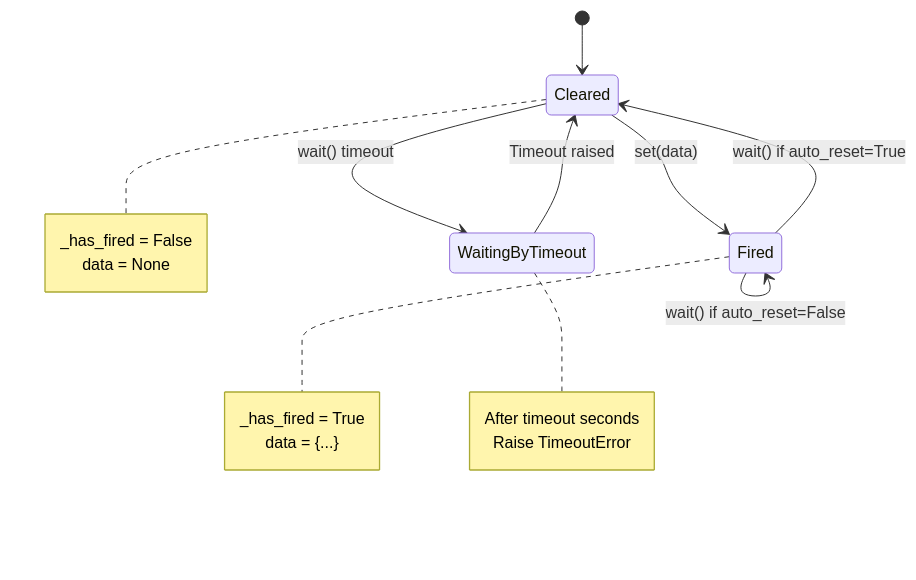
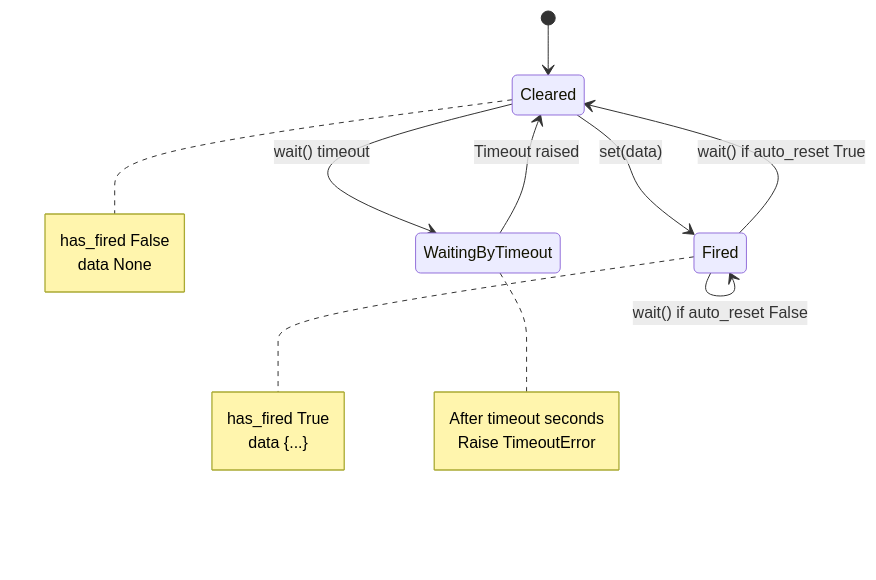
The sixth of 15 diagrams in docs/en/Architecture.md (cleitonleonel/pyquotex), drawn with Mermaid before and after one commit. The commit also changed other lines of this file, not shown here.

````diff
--- a/docs/en/Architecture.md
+++ b/docs/en/Architecture.md
@@ -137,26 +133,26 @@
 ```mermaid
 stateDiagram-v2
     [*] --> Cleared
 
     Cleared --> Fired: set(data)
-    Fired --> Cleared: wait() if auto_reset=True
-    Fired --> Fired: wait() if auto_reset=False
+    Fired --> Cleared: wait() if auto_reset True
+    Fired --> Fired: wait() if auto_reset False
 
     Cleared --> WaitingByTimeout: wait() timeout
     WaitingByTimeout --> Cleared: Timeout raised
 
     note right of Cleared
-        _has_fired = False
-        data = None
+        has_fired False
+        data None
     end note
 
     note right of Fired
-        _has_fired = True
-        data = {...}
+        has_fired True
+        data {...}
     end note
 
     note right of WaitingByTimeout
         After timeout seconds
         Raise TimeoutError
     end note
 ```
````
